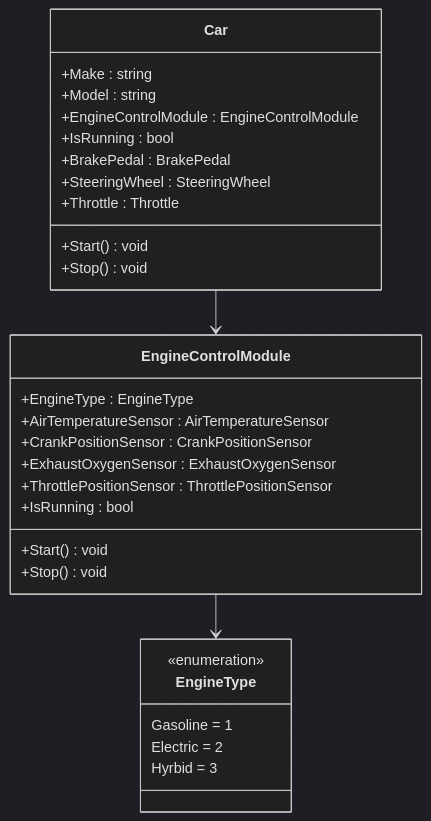
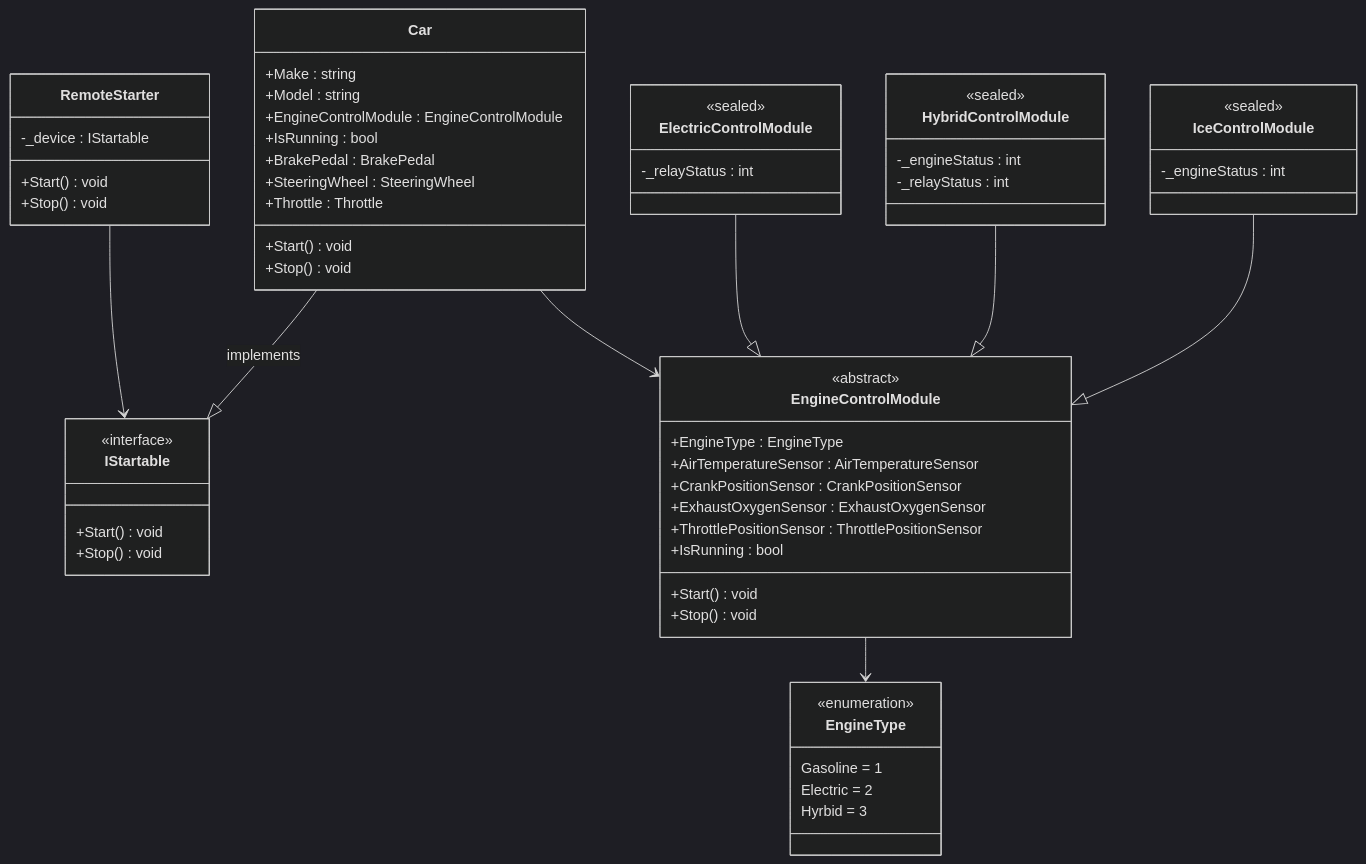
One commit to Idleness76/OOP_Demo1 changed the diagram in 04-solid.md. Above: the diagram before and after it, drawn with Mermaid (dark theme). The commit also changed other lines of this file and 47 other files, not shown here.

````diff
--- a/04-solid.md
+++ b/04-solid.md
@@ -16,34 +37,69 @@
 ```mermaid
 classDiagram
+	class IStartable {
+		<<interface>>
+		+Start() void
+		+Stop() void
+
+	}
+
+	class RemoteStarter {
+		-_device : IStartable
+		+Start() void
+		+Stop() void
+	}
+	RemoteStarter --> IStartable
+
 	class Car {
 		+Make : string
 		+Model : string
 		+EngineControlModule : EngineControlModule
 		+IsRunning : bool
 		+BrakePedal : BrakePedal
 		+SteeringWheel : SteeringWheel
 		+Throttle : Throttle
 		+Start() void
 		+Stop() void
 	}
+	Car --|> IStartable : implements
 	Car --> EngineControlModule
 
 	class EngineControlModule {
+		<<abstract>>
 		+EngineType : EngineType
 		+AirTemperatureSensor : AirTemperatureSensor
 		+CrankPositionSensor : CrankPositionSensor
 		+ExhaustOxygenSensor : ExhaustOxygenSensor
 		+ThrottlePositionSensor : ThrottlePositionSensor
 		+IsRunning : bool
 		+Start() void
 		+Stop() void
 	}
 	EngineControlModule --> EngineType
 
+	class ElectricControlModule {
+		<<sealed>>
+		-_relayStatus : int
+	}
+	ElectricControlModule --|> EngineControlModule
+
+	class HybridControlModule {
+		<<sealed>>
+		-_engineStatus : int
+		-_relayStatus : int
+	}
+	HybridControlModule --|> EngineControlModule
+
+	class IceControlModule {
+		<<sealed>>
+		-_engineStatus : int
+	}
+	IceControlModule --|> EngineControlModule
+
 	class EngineType {
 		<<enumeration>>
 		Gasoline = 1
 		Electric = 2
 		Hyrbid = 3
 	}
 ```
````
